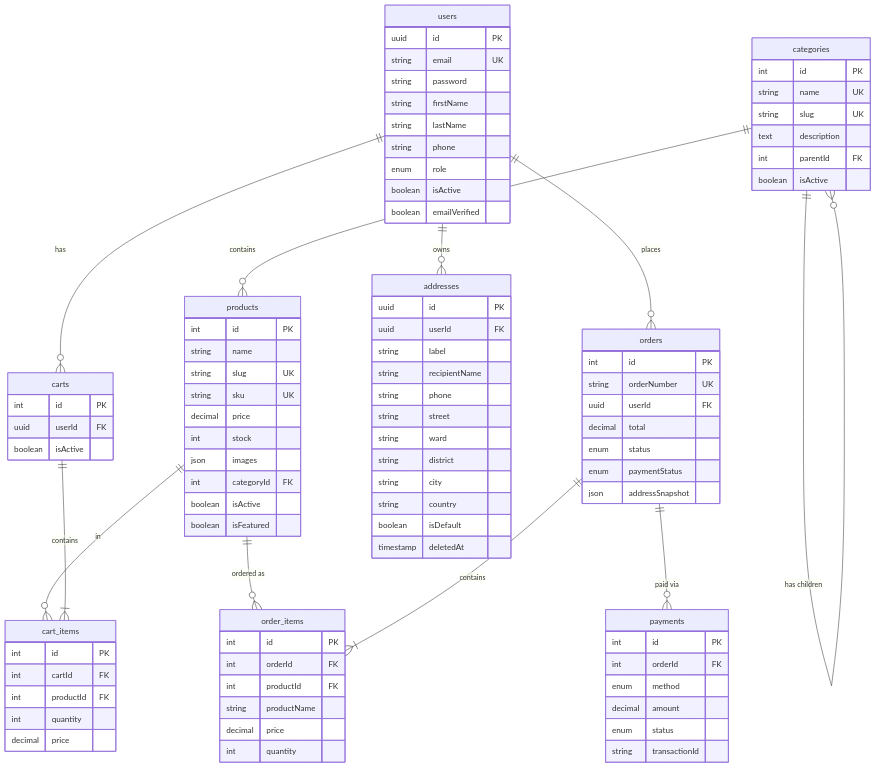
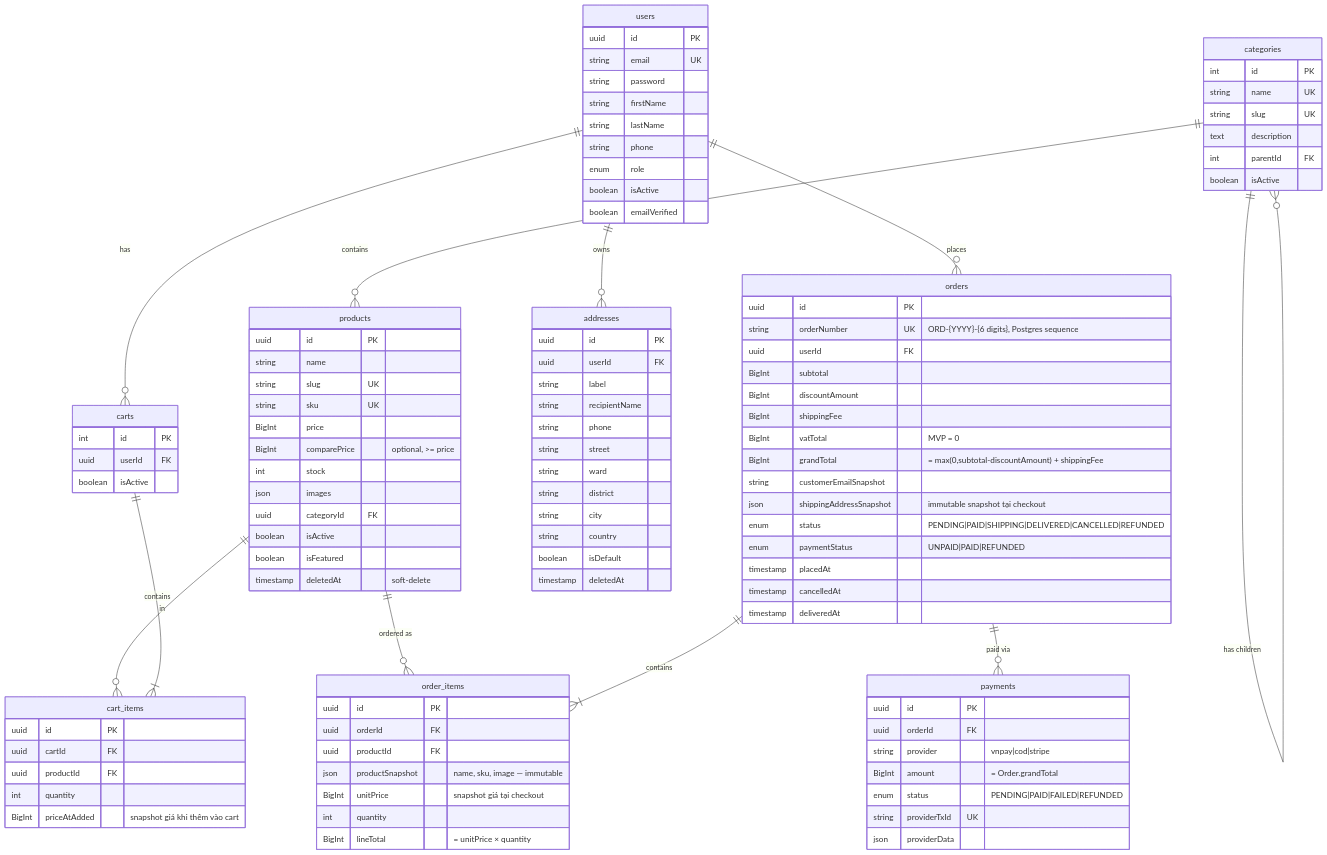
The diagram in planning/setup/DATABASE_SCHEMA.md (LuongCongThanh/be-nest-ecom), drawn with Mermaid before and after one commit. The commit also changed other lines of this file and 19 other files, not shown here.

````diff
--- a/planning/setup/DATABASE_SCHEMA.md
+++ b/planning/setup/DATABASE_SCHEMA.md
@@ -54,16 +54,18 @@
     }
 
     products {
-        int id PK
+        uuid id PK
         string name
         string slug UK
         string sku UK
-        decimal price
+        BigInt price
+        BigInt comparePrice "optional, >= price"
         int stock
         json images
-        int categoryId FK
+        uuid categoryId FK
         boolean isActive
         boolean isFeatured
+        timestamp deletedAt "soft-delete"
     }
 
     addresses {
@@ -88,38 +90,48 @@
     }
 
     cart_items {
-        int id PK
-        int cartId FK
-        int productId FK
+        uuid id PK
+        uuid cartId FK
+        uuid productId FK
         int quantity
-        decimal price
+        BigInt priceAtAdded "snapshot giá khi thêm vào cart"
     }
 
     orders {
-        int id PK
-        string orderNumber UK
+        uuid id PK
+        string orderNumber UK "ORD-{YYYY}-{6 digits}, Postgres sequence"
         uuid userId FK
-        decimal total
-        enum status
-        enum paymentStatus
-        json addressSnapshot
+        BigInt subtotal
+        BigInt discountAmount
+        BigInt shippingFee
+        BigInt vatTotal "MVP = 0"
+        BigInt grandTotal "= max(0,subtotal-discountAmount) + shippingFee"
+        string customerEmailSnapshot
+        json shippingAddressSnapshot "immutable snapshot tại checkout"
+        enum status "PENDING|PAID|SHIPPING|DELIVERED|CANCELLED|REFUNDED"
+        enum paymentStatus "UNPAID|PAID|REFUNDED"
+        timestamp placedAt
+        timestamp cancelledAt
+        timestamp deliveredAt
     }
 
     order_items {
-        int id PK
-        int orderId FK
-        int productId FK
-        string productName
-        decimal price
+        uuid id PK
+        uuid orderId FK
+        uuid productId FK
+        json productSnapshot "name, sku, image — immutable"
+        BigInt unitPrice "snapshot giá tại checkout"
         int quantity
+        BigInt lineTotal "= unitPrice × quantity"
     }
 
     payments {
-        int id PK
-        int orderId FK
-        enum method
-        decimal amount
-        enum status
-        string transactionId
+        uuid id PK
+        uuid orderId FK
+        string provider "vnpay|cod|stripe"
+        BigInt amount "= Order.grandTotal"
+        enum status "PENDING|PAID|FAILED|REFUNDED"
+        string providerTxId UK
+        json providerData
     }
 ```
````
